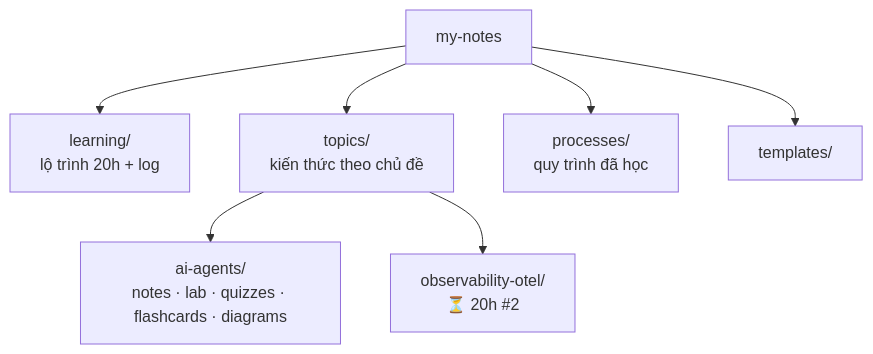
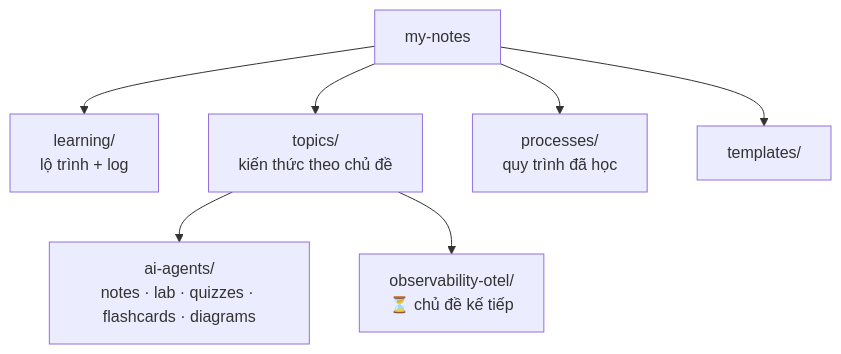
One commit to nhanlagc60299/my-notes changed the diagram in README.md. Above: the diagram before and after it, drawn with Mermaid. The commit also changed other lines of this file and 28 other files, not shown here.

````diff
--- a/README.md
+++ b/README.md
@@ -9,9 +9,9 @@
 ```mermaid
 flowchart TB
-    R[my-notes] --> L[learning/<br/>lộ trình 20h + log]
+    R[my-notes] --> L[learning/<br/>lộ trình + log]
     R --> T[topics/<br/>kiến thức theo chủ đề]
     R --> P[processes/<br/>quy trình đã học]
     R --> TP[templates/]
     T --> A[ai-agents/<br/>notes · lab · quizzes · flashcards · diagrams]
-    T --> O[observability-otel/<br/>⏳ 20h #2]
+    T --> O[observability-otel/<br/>⏳ chủ đề kế tiếp]
 ```
````
